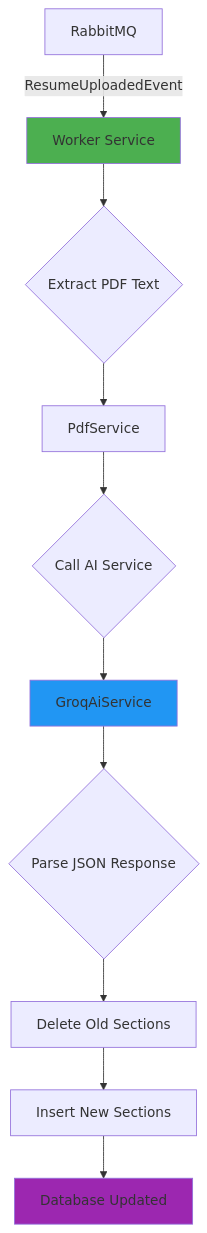
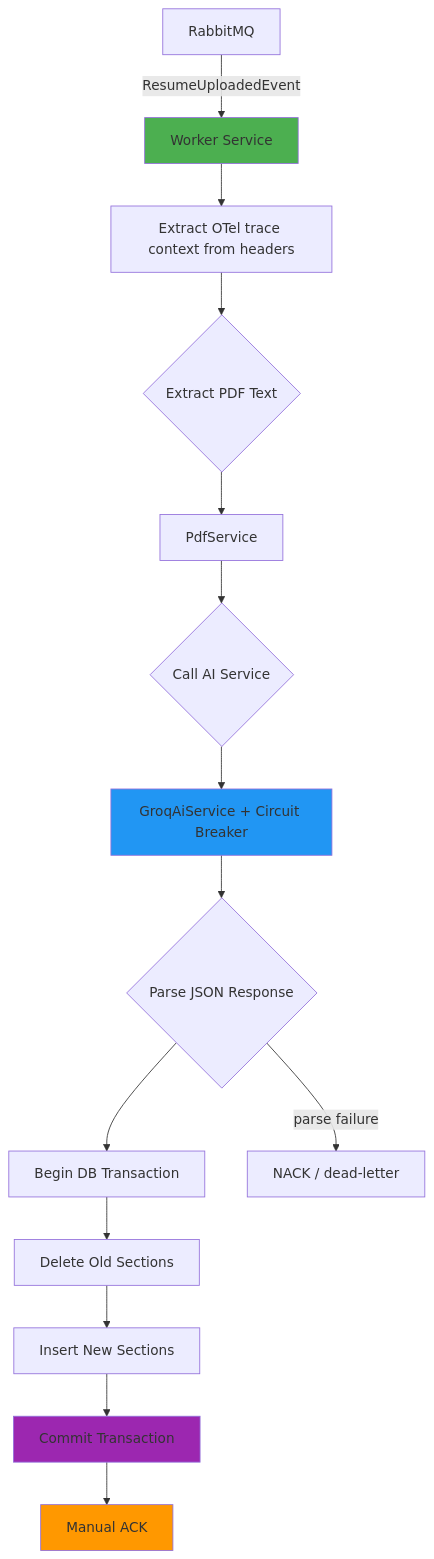
Before and after one commit to Shivansh-Gaur2/FolioForge.ai: the diagram in backend/src/FolioForge.Worker/README.md, drawn with Mermaid. The commit also changed other lines of this file and 18 other files, not shown here.

````diff
--- a/backend/src/FolioForge.Worker/README.md
+++ b/backend/src/FolioForge.Worker/README.md
@@ -36,16 +36,21 @@
 ```mermaid
 graph TD
     A[RabbitMQ] -->|ResumeUploadedEvent| B[Worker Service]
-    B --> C{Extract PDF Text}
+    B --> B1[Extract OTel trace context from headers]
+    B1 --> C{Extract PDF Text}
     C --> D[PdfService]
     D --> E{Call AI Service}
-    E --> F[GroqAiService]
+    E --> F[GroqAiService + Circuit Breaker]
     F --> G{Parse JSON Response}
-    G --> H[Delete Old Sections]
-    H --> I[Insert New Sections]
-    I --> J[Database Updated]
+    G --> H[Begin DB Transaction]
+    H --> I[Delete Old Sections]
+    I --> J[Insert New Sections]
+    J --> K[Commit Transaction]
+    K --> L[Manual ACK]
+    G -->|parse failure| M[NACK / dead-letter]
     
     style B fill:#4CAF50
     style F fill:#2196F3
-    style J fill:#9C27B0
+    style K fill:#9C27B0
+    style L fill:#FF9800
 ```
````
